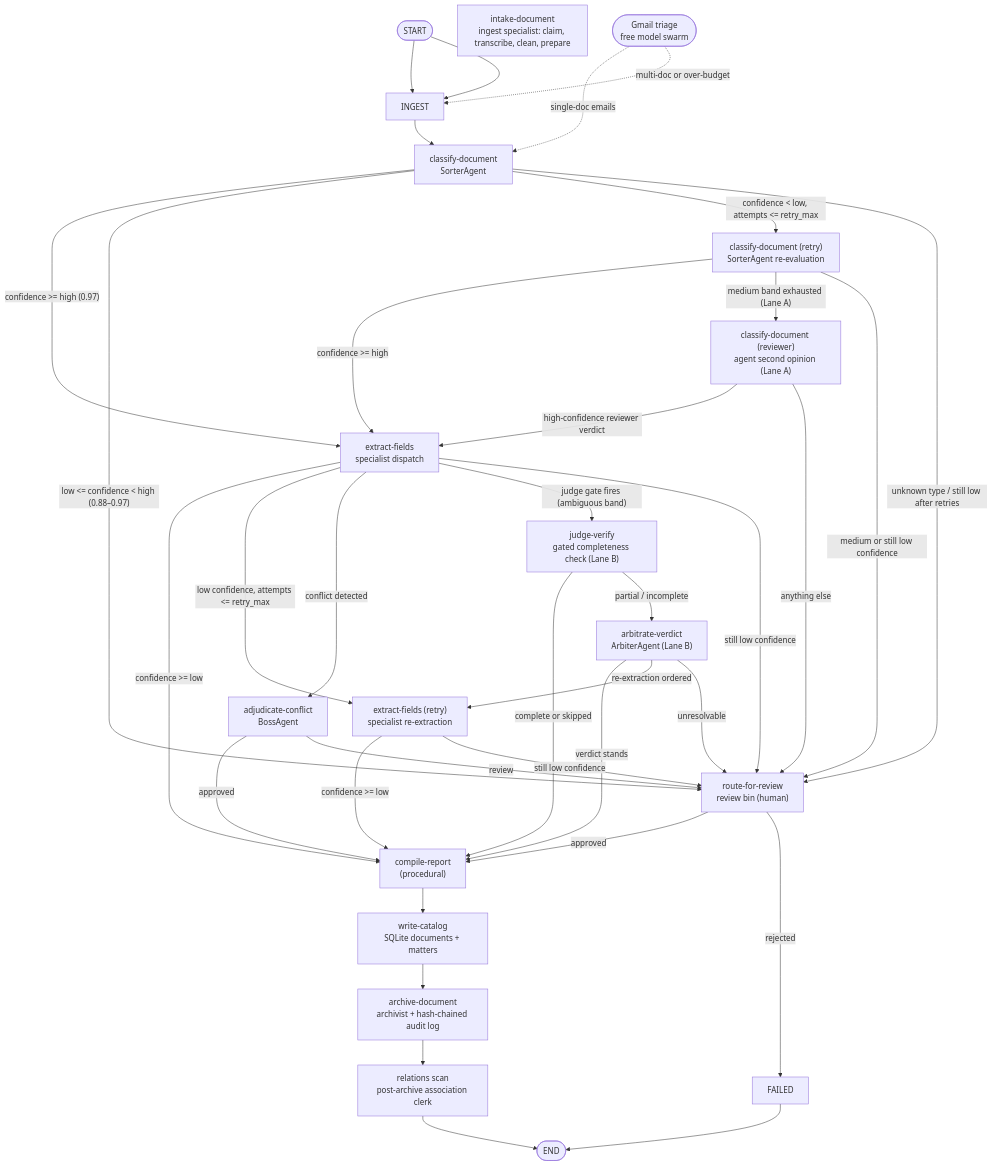
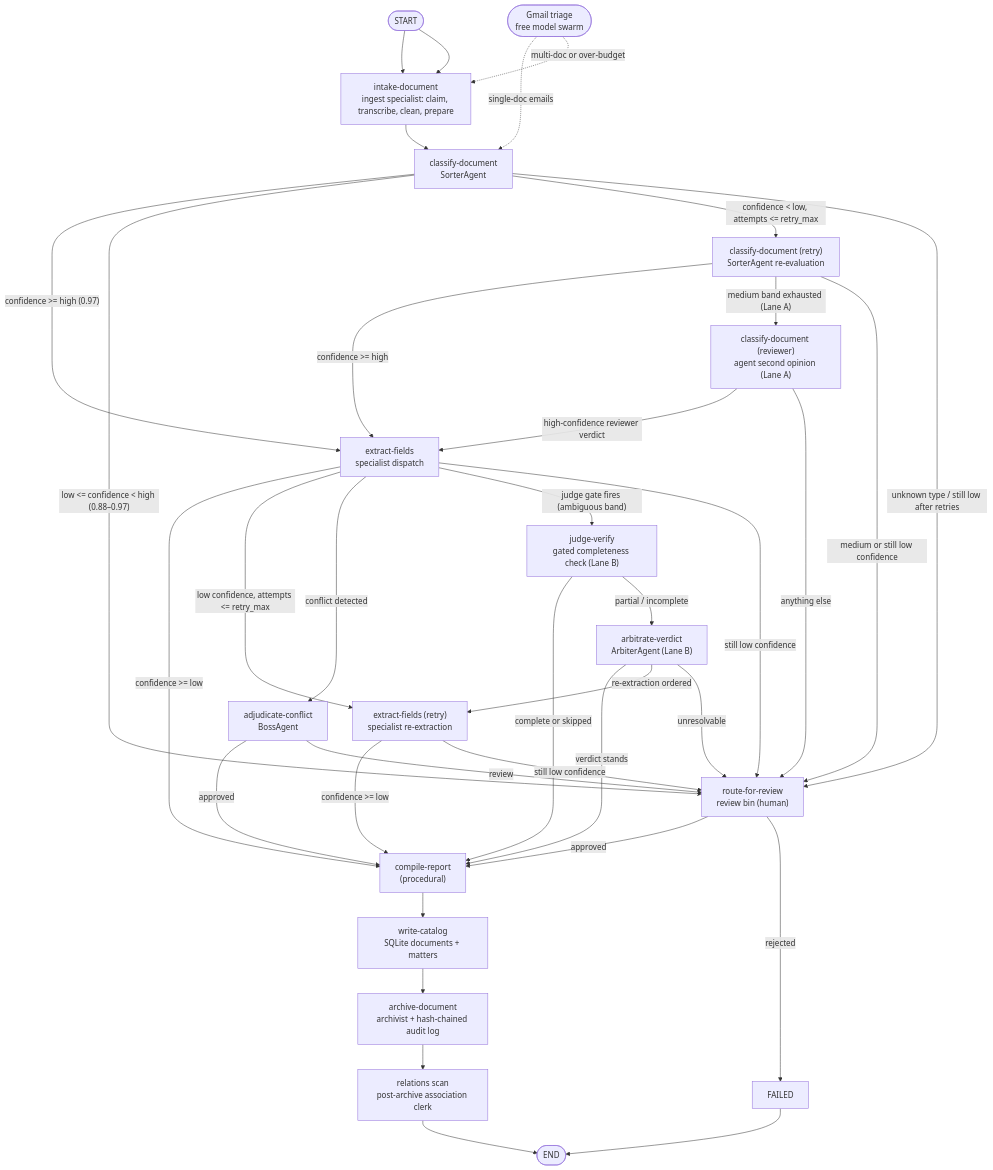
The first of 2 diagrams in README.md (Exios66/llm-mailroom), drawn with Mermaid before and after one commit. The commit also changed other lines of this file and 13 other files, not shown here.

````diff
--- a/README.md
+++ b/README.md
@@ -154,57 +226,57 @@
 ```mermaid
 flowchart TD
-    START([START]) --> INGEST
+    START([START]) --> INTAKE
 
     INTAKE["intake-document<br/>ingest specialist: claim, transcribe, clean, prepare"]
     CLASSIFY["classify-document<br/>SorterAgent"]
     RETRY_CLASS["classify-document (retry)<br/>SorterAgent re-evaluation"]
     REVIEW_CLASS["classify-document (reviewer)<br/>agent second opinion (Lane A)"]
     EXTRACT["extract-fields<br/>specialist dispatch"]
     RETRY_EXTRACT["extract-fields (retry)<br/>specialist re-extraction"]
     JUDGE["judge-verify<br/>gated completeness check (Lane B)"]
     ARBITER["arbitrate-verdict<br/>ArbiterAgent (Lane B)"]
     BOSS["adjudicate-conflict<br/>BossAgent"]
     REVIEW["route-for-review<br/>review bin (human)"]
     REPORT["compile-report<br/>(procedural)"]
     CATALOG["write-catalog<br/>SQLite documents + matters"]
     ARCHIVE["archive-document<br/>archivist + hash-chained audit log"]
     RELATIONS["relations scan<br/>post-archive association clerk"]
     FAILED["FAILED"]
     ENDX([END])
 
-    START --> INGEST
-    INGEST --> CLASSIFY
+    START --> INTAKE
+    INTAKE --> CLASSIFY
 
     CLASSIFY -- "confidence >= high (0.97)" --> EXTRACT
     CLASSIFY -- "low <= confidence < high (0.88–0.97)" --> REVIEW
     CLASSIFY -- "confidence < low, attempts <= retry_max" --> RETRY_CLASS
     CLASSIFY -- "unknown type / still low after retries" --> REVIEW
     RETRY_CLASS -- "confidence >= high" --> EXTRACT
     RETRY_CLASS -- "medium band exhausted (Lane A)" --> REVIEW_CLASS
     RETRY_CLASS -- "medium or still low confidence" --> REVIEW
     REVIEW_CLASS -- "high-confidence reviewer verdict" --> EXTRACT
     REVIEW_CLASS -- "anything else" --> REVIEW
 
     EXTRACT -- "confidence >= low" --> REPORT
     EXTRACT -- "low confidence, attempts <= retry_max" --> RETRY_EXTRACT
     EXTRACT -- "conflict detected" --> BOSS
     EXTRACT -- "judge gate fires (ambiguous band)" --> JUDGE
     EXTRACT -- "still low confidence" --> REVIEW
     RETRY_EXTRACT -- "confidence >= low" --> REPORT
     RETRY_EXTRACT -- "still low confidence" --> REVIEW
 
     JUDGE -- "complete or skipped" --> REPORT
     JUDGE -- "partial / incomplete" --> ARBITER
     ARBITER -- "verdict stands" --> REPORT
     ARBITER -- "re-extraction ordered" --> RETRY_EXTRACT
     ARBITER -- "unresolvable" --> REVIEW
     BOSS -- "approved" --> REPORT
     BOSS -- "review" --> REVIEW
     REVIEW -- "approved" --> REPORT
     REVIEW -- "rejected" --> FAILED --> ENDX
 
     REPORT --> CATALOG --> ARCHIVE --> RELATIONS --> ENDX
 
     GMAIL([Gmail triage<br/>free model swarm]) -.->|single-doc emails| CLASSIFY
-    GMAIL -.->|multi-doc or over-budget| INGEST
+    GMAIL -.->|multi-doc or over-budget| INTAKE
 ```
````
